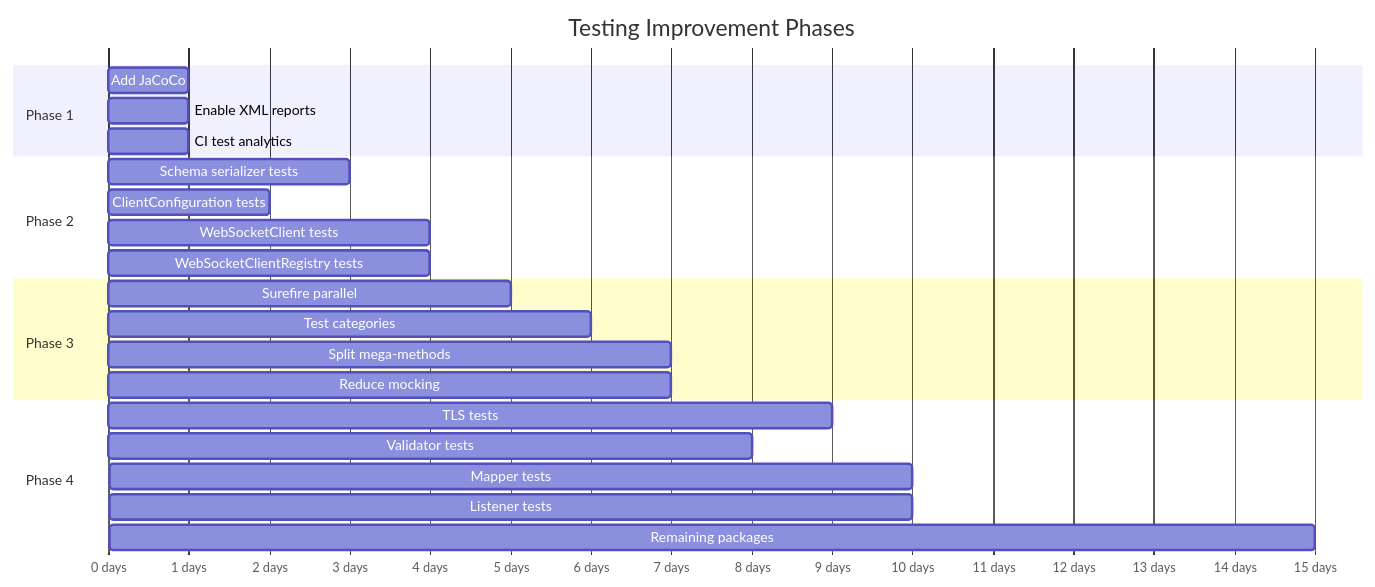
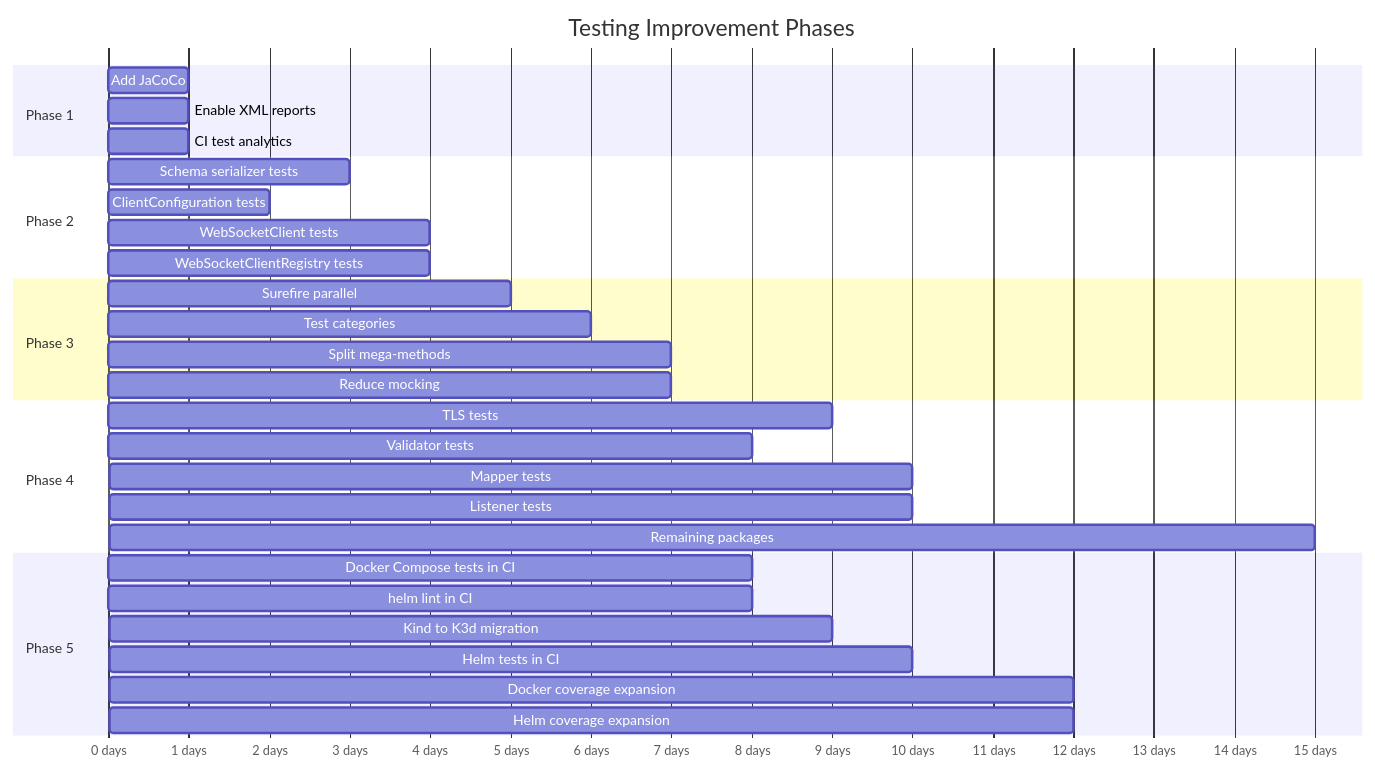
Before and after one commit to mock-server/mockserver: the diagram in docs/plans/testing-improvements.md, drawn with Mermaid. The commit also changed other lines of this file and 2 other files, not shown here.

First line of the commit message:
Add container and Helm test coverage analysis and Phase 5 improvement plan

````diff
--- a/docs/plans/testing-improvements.md
+++ b/docs/plans/testing-improvements.md
@@ -78,30 +134,38 @@
 ```mermaid
 gantt
     title Testing Improvement Phases
     dateFormat  X
     axisFormat %s days
 
     section Phase 1
     Add JaCoCo           :p1a, 0, 1
     Enable XML reports   :p1b, 0, 1
     CI test analytics    :p1c, 0, 1
 
     section Phase 2
     Schema serializer tests      :p2a, 1, 3
     ClientConfiguration tests    :p2b, 1, 2
     WebSocketClient tests        :p2c, 2, 4
     WebSocketClientRegistry tests:p2d, 3, 4
 
     section Phase 3
     Surefire parallel    :p3a, 4, 5
     Test categories      :p3b, 4, 6
     Split mega-methods   :p3c, 5, 7
     Reduce mocking       :p3d, 6, 7
 
     section Phase 4
     TLS tests            :p4a, 7, 9
     Validator tests      :p4b, 7, 8
     Mapper tests         :p4c, 8, 10
     Listener tests       :p4d, 9, 10
     Remaining packages   :p4e, 10, 15
+
+    section Phase 5
+    Docker Compose tests in CI   :p5a, 7, 8
+    helm lint in CI              :p5b, 7, 8
+    Kind to K3d migration        :p5c, 8, 9
+    Helm tests in CI             :p5d, 9, 10
+    Docker coverage expansion    :p5e, 10, 12
+    Helm coverage expansion      :p5f, 10, 12
 ```
````
